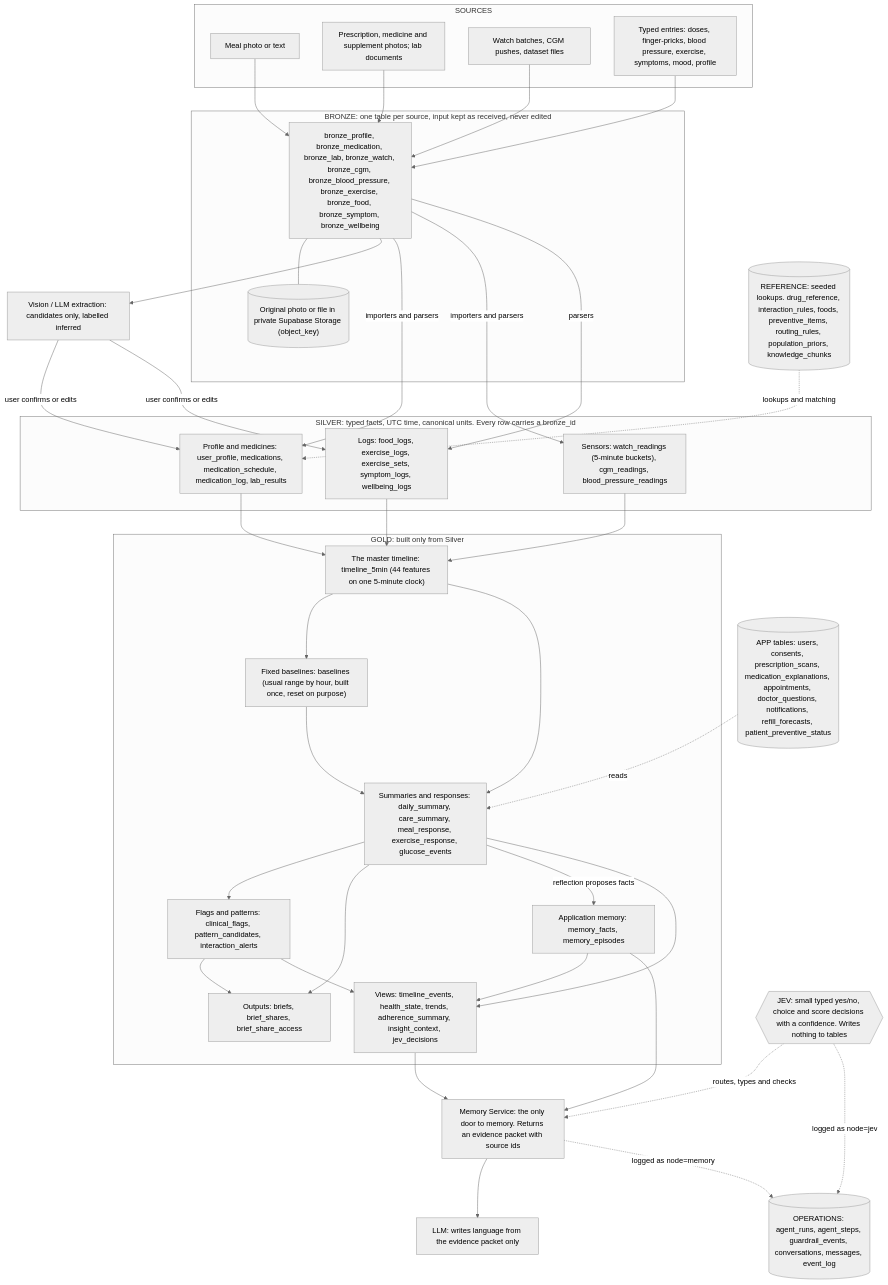
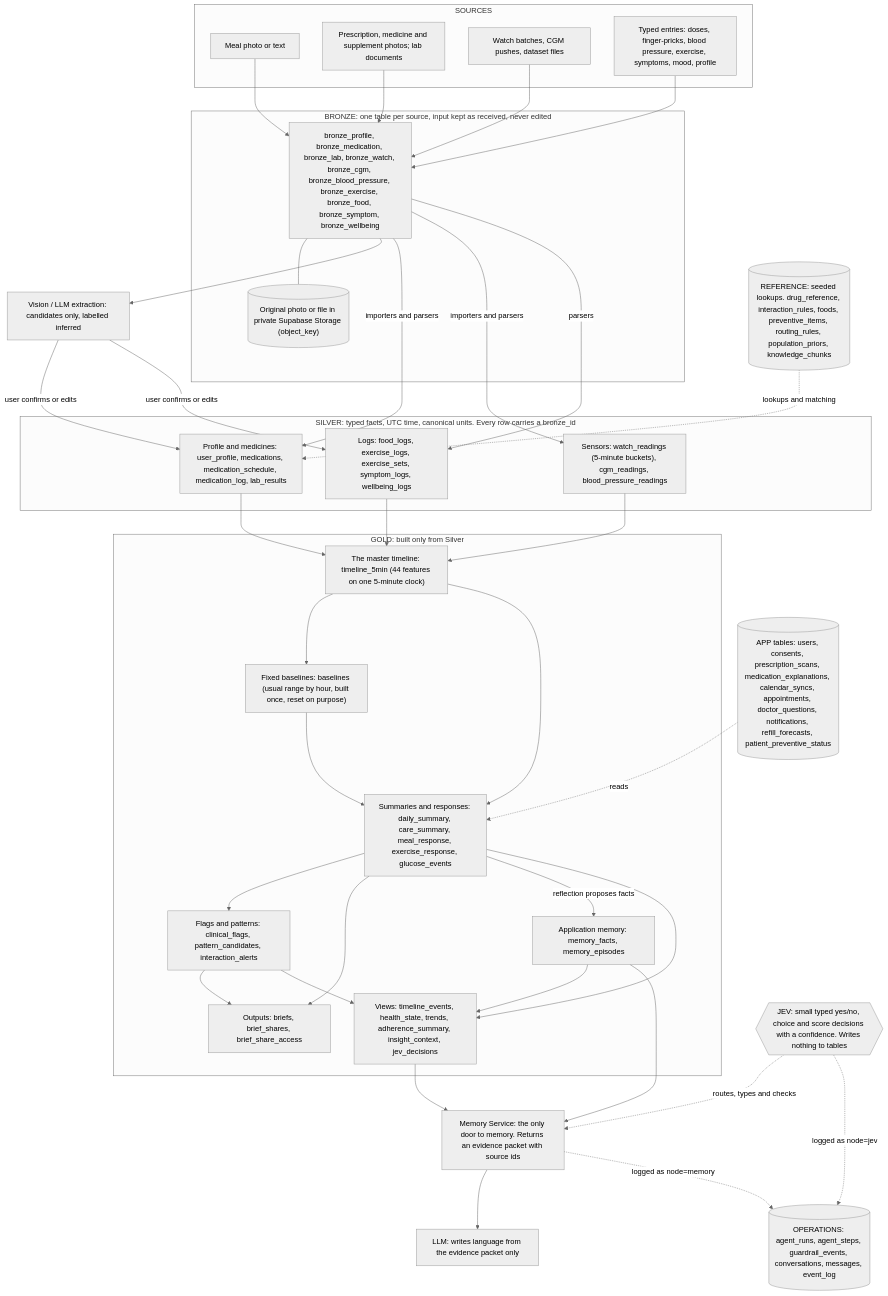
Before and after one commit to hongyeeet/smart-health: the first of 3 diagrams in docs/specs/data-flow.md, drawn with Mermaid (neutral theme). The commit also changed other lines of this file and 18 other files, not shown here.

````diff
--- a/docs/specs/data-flow.md
+++ b/docs/specs/data-flow.md
@@ -7,73 +7,73 @@
 ```mermaid
 flowchart TB
   subgraph SRC["SOURCES"]
     S1["Meal photo or text"]
     S2["Prescription, medicine and supplement photos; lab documents"]
     S3["Watch batches, CGM pushes, dataset files"]
     S4["Typed entries: doses, finger-pricks, blood pressure, exercise, symptoms, mood, profile"]
   end
 
   subgraph BRZ["BRONZE: one table per source, input kept as received, never edited"]
     B1["bronze_profile, bronze_medication, bronze_lab, bronze_watch, bronze_cgm, bronze_blood_pressure, bronze_exercise, bronze_food, bronze_symptom, bronze_wellbeing"]
     B2[("Original photo or file in private Supabase Storage (object_key)")]
   end
 
   AI["Vision / LLM extraction: candidates only, labelled inferred"]
 
   subgraph SLV["SILVER: typed facts, UTC time, canonical units. Every row carries a bronze_id"]
     V1["Profile and medicines: user_profile, medications, medication_schedule, medication_log, lab_results"]
     V2["Sensors: watch_readings (5-minute buckets), cgm_readings, blood_pressure_readings"]
     V3["Logs: food_logs, exercise_logs, exercise_sets, symptom_logs, wellbeing_logs"]
   end
 
-  APP[("APP tables: users, consents, prescription_scans, medication_explanations, appointments, doctor_questions, notifications, refill_forecasts, patient_preventive_status")]
+  APP[("APP tables: users, consents, prescription_scans, medication_explanations, calendar_syncs, appointments, doctor_questions, notifications, refill_forecasts, patient_preventive_status")]
   REF[("REFERENCE: seeded lookups. drug_reference, interaction_rules, foods, preventive_items, routing_rules, population_priors, knowledge_chunks")]
 
   subgraph GLD["GOLD: built only from Silver"]
     G1["The master timeline: timeline_5min (44 features on one 5-minute clock)"]
     G2["Fixed baselines: baselines (usual range by hour, built once, reset on purpose)"]
     G3["Summaries and responses: daily_summary, care_summary, meal_response, exercise_response, glucose_events"]
     G4["Flags and patterns: clinical_flags, pattern_candidates, interaction_alerts"]
     G5["Application memory: memory_facts, memory_episodes"]
     G6["Outputs: briefs, brief_shares, brief_share_access"]
     G7["Views: timeline_events, health_state, trends, adherence_summary, insight_context, jev_decisions"]
   end
 
   MS["Memory Service: the only door to memory. Returns an evidence packet with source ids"]
   JEV{{"JEV: small typed yes/no, choice and score decisions with a confidence. Writes nothing to tables"}}
   LLM["LLM: writes language from the evidence packet only"]
   OPS[("OPERATIONS: agent_runs, agent_steps, guardrail_events, conversations, messages, event_log")]
 
   S1 --> B1
   S2 --> B1
   S3 --> B1
   S4 --> B1
   B1 --- B2
   B1 --> AI
   AI -->|"user confirms or edits"| V1
   AI -->|"user confirms or edits"| V3
   B1 -->|"importers and parsers"| V1
   B1 -->|"importers and parsers"| V2
   B1 -->|"parsers"| V3
   REF -.->|"lookups and matching"| V1
   V1 --> G1
   V2 --> G1
   V3 --> G1
   G1 --> G2
   G1 --> G3
   G2 --> G3
   G3 --> G4
   APP -.->|"reads"| G3
   G3 --> G6
   G4 --> G6
   G3 -->|"reflection proposes facts"| G5
   G3 --> G7
   G4 --> G7
   G5 --> G7
   G7 --> MS
   G5 --> MS
   JEV -.->|"routes, types and checks"| MS
   MS --> LLM
   JEV -.->|"logged as node=jev"| OPS
   MS -.->|"logged as node=memory"| OPS
 ```
````
